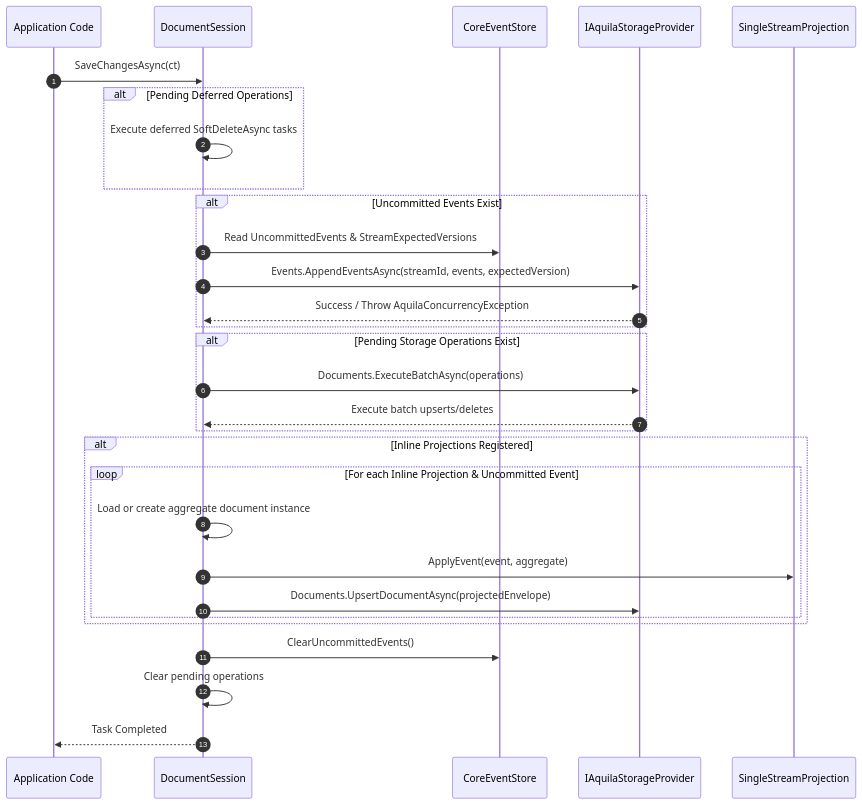
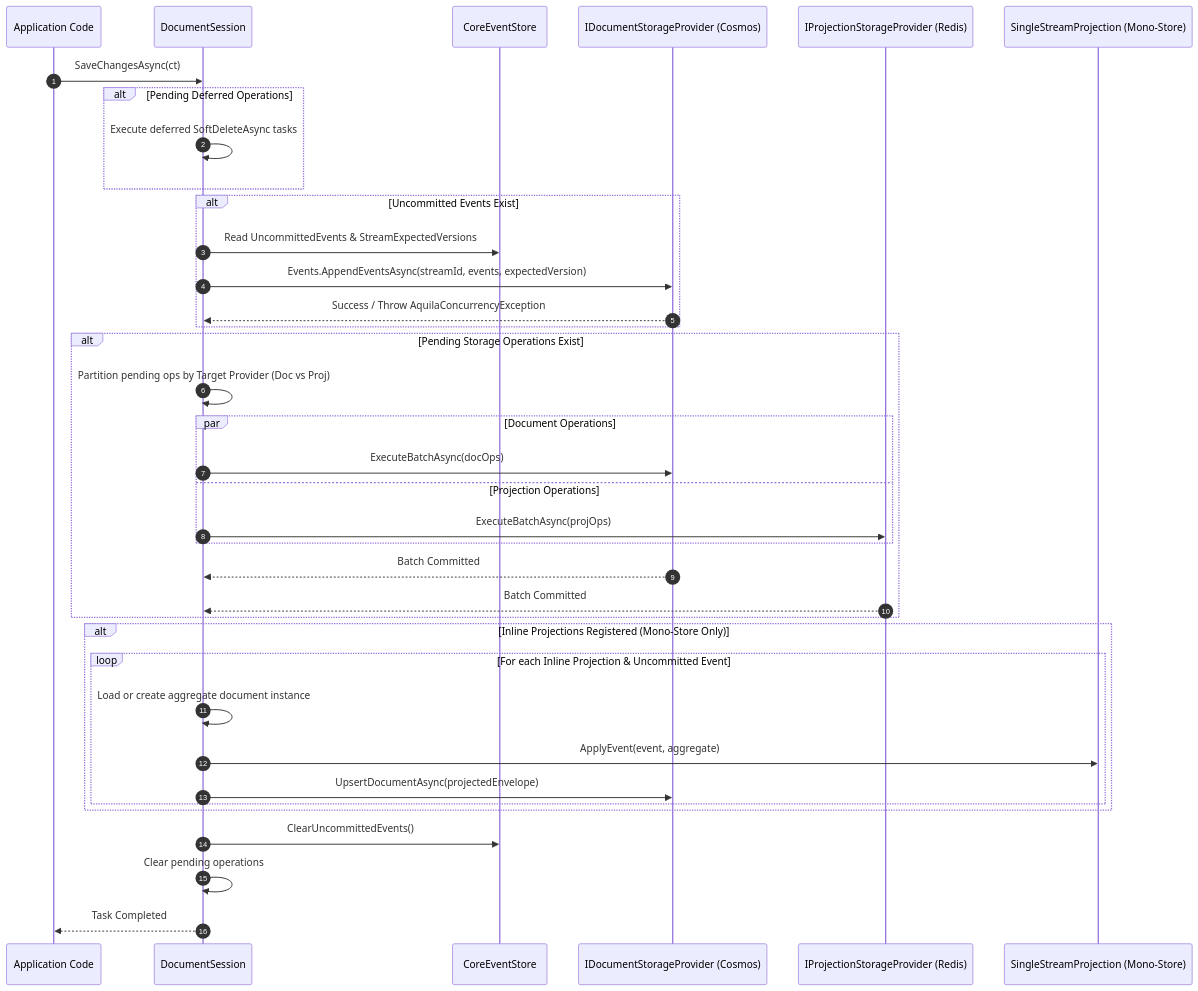
The third of 9 diagrams in ARCHITECTURE.md (chadahoochie/Aquila), drawn with Mermaid before and after one commit. The commit also changed other lines of this file and 3 other files, not shown here.

````diff
--- a/ARCHITECTURE.md
+++ b/ARCHITECTURE.md
@@ -132,38 +214,45 @@
 ```mermaid
 sequenceDiagram
     autonumber
     participant App as Application Code
     participant Session as DocumentSession
     participant EvtStore as CoreEventStore
-    participant Storage as IAquilaStorageProvider
-    participant Proj as SingleStreamProjection
+    participant DocStore as IDocumentStorageProvider (Cosmos)
+    participant ProjStore as IProjectionStorageProvider (Redis)
+    participant Proj as SingleStreamProjection (Mono-Store)
 
     App->>Session: SaveChangesAsync(ct)
     
     alt Pending Deferred Operations
         Session->>Session: Execute deferred SoftDeleteAsync tasks
     end
 
     alt Uncommitted Events Exist
         Session->>EvtStore: Read UncommittedEvents & StreamExpectedVersions
-        Session->>Storage: Events.AppendEventsAsync(streamId, events, expectedVersion)
-        Storage-->>Session: Success / Throw AquilaConcurrencyException
+        Session->>DocStore: Events.AppendEventsAsync(streamId, events, expectedVersion)
+        DocStore-->>Session: Success / Throw AquilaConcurrencyException
     end
 
     alt Pending Storage Operations Exist
-        Session->>Storage: Documents.ExecuteBatchAsync(operations)
-        Storage-->>Session: Execute batch upserts/deletes
+        Session->>Session: Partition pending ops by Target Provider (Doc vs Proj)
+        par Document Operations
+            Session->>DocStore: ExecuteBatchAsync(docOps)
+        and Projection Operations
+            Session->>ProjStore: ExecuteBatchAsync(projOps)
+        end
+        DocStore-->>Session: Batch Committed
+        ProjStore-->>Session: Batch Committed
     end
 
-    alt Inline Projections Registered
+    alt Inline Projections Registered (Mono-Store Only)
         loop For each Inline Projection & Uncommitted Event
             Session->>Session: Load or create aggregate document instance
             Session->>Proj: ApplyEvent(event, aggregate)
-            Session->>Storage: Documents.UpsertDocumentAsync(projectedEnvelope)
+            Session->>DocStore: UpsertDocumentAsync(projectedEnvelope)
         end
     end
 
     Session->>EvtStore: ClearUncommittedEvents()
     Session->>Session: Clear pending operations
     Session-->>App: Task Completed
 ```
````
